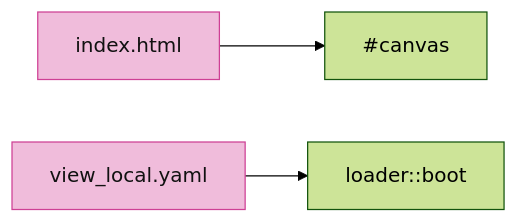
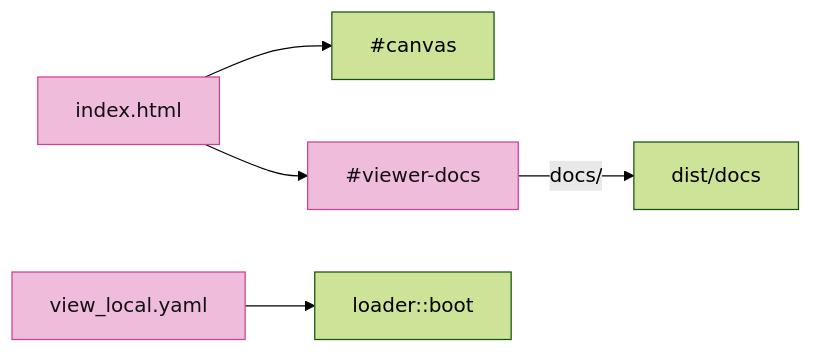
Before and after one commit to petrasvestartas/session: diagram 19 of 19 in session_viewer/docs/12-picking.md, drawn with Mermaid (forest theme). The commit also changed other lines of this file and 34 other files, not shown here.

First line of the commit message:
Course: each lesson teaches its file's final form; diagrams fit the column

````diff
--- a/session_viewer/docs/12-picking.md
+++ b/session_viewer/docs/12-picking.md
@@ -436,7 +445,9 @@
 ```mermaid
 flowchart LR
     I["index.html"] --> C["#canvas"]
+    I --> K["#viewer-docs"] -- "docs/" --> D["dist/docs"]
     Y["view_local.yaml"] --> B["loader::boot"]
     style I fill:#f0bcdb,stroke:#ce4095,color:#111
+    style K fill:#f0bcdb,stroke:#ce4095,color:#111
     style Y fill:#f0bcdb,stroke:#ce4095,color:#111
 ```
````
